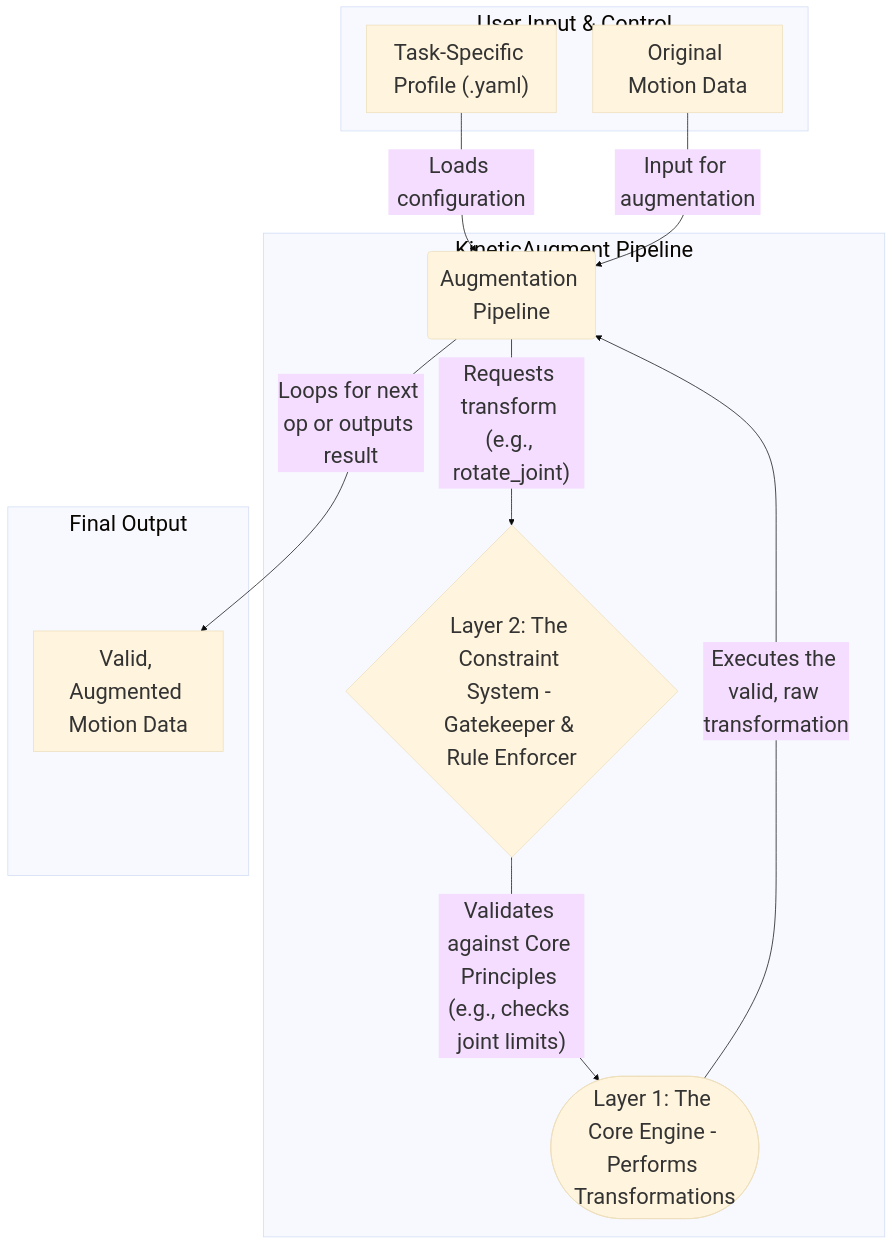
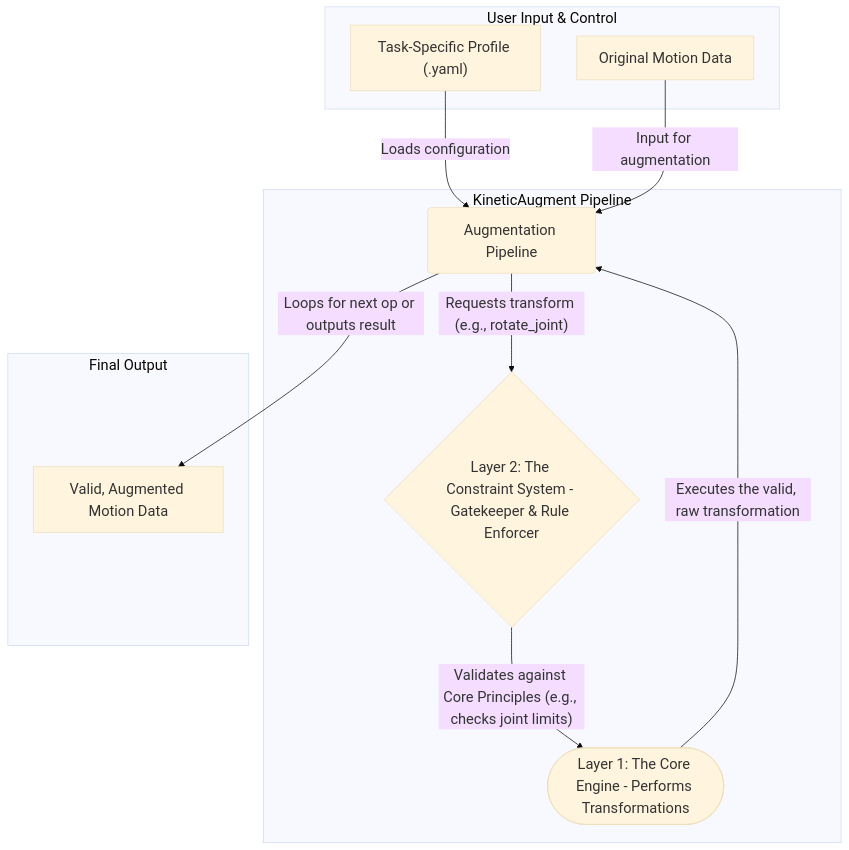
One commit to YouSoPugly/KineticAugment changed the diagram in docs/02_Framework_Architecture.md. Above: the diagram before and after it, drawn with Mermaid.

Commit message:
Change font size in framework architecture diagram
Updated the font size in the diagram configuration.

````diff
--- a/docs/02_Framework_Architecture.md
+++ b/docs/02_Framework_Architecture.md
@@ -16,28 +16,28 @@
 ```mermaid
-%%{init: {'theme': 'base', 'themeVariables': { 'fontSize': '30px', 'fontFamily': 'Inter'}}}%%
+%%{init: {'theme': 'base', 'themeVariables': { 'fontSize': '20px', 'fontFamily': 'Inter'}}}%%
 graph TD
     subgraph "User Input & Control"
         TaskProfile["Task-Specific Profile (.yaml)"]
         MotionData["Original Motion Data"]
     end
 
     subgraph "KineticAugment Pipeline"
         Pipeline("Augmentation Pipeline")
         ConstraintSystem{"Layer 2: The Constraint System - Gatekeeper & Rule Enforcer"}
         CoreEngine(["Layer 1: The Core Engine - Performs Transformations"])
     end
 
     subgraph "Final Output"
         AugmentedData["Valid, Augmented Motion Data"]
     end
 
     %% Define Data Flow
     TaskProfile -- "Loads configuration" --> Pipeline
     MotionData -- "Input for augmentation" --> Pipeline
 
     Pipeline -- "Requests transform (e.g., rotate_joint)" --> ConstraintSystem
     ConstraintSystem -- "Validates against Core Principles (e.g., checks joint limits)" --> CoreEngine
     CoreEngine -- "Executes the valid, raw transformation" --> Pipeline
     Pipeline -- "Loops for next op or outputs result" --> AugmentedData
 
 ```
````
